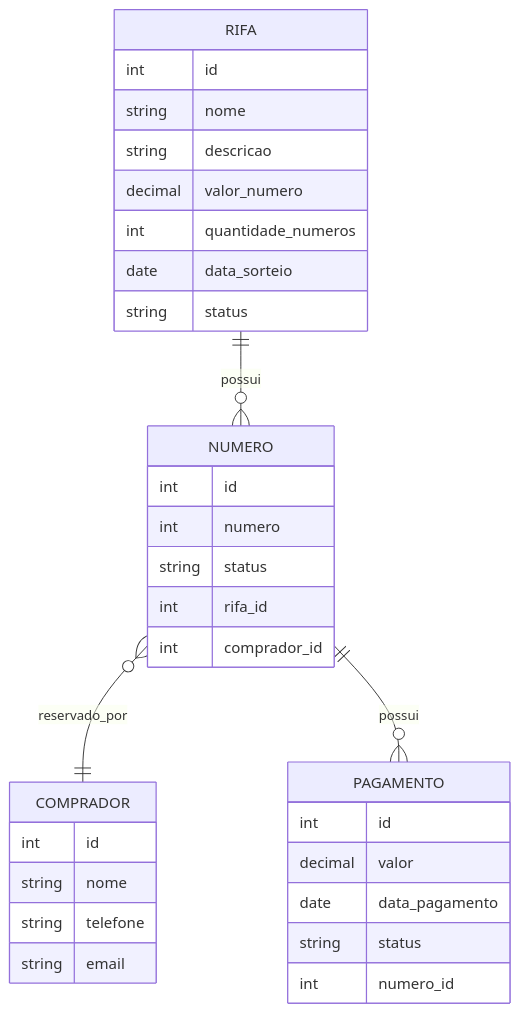
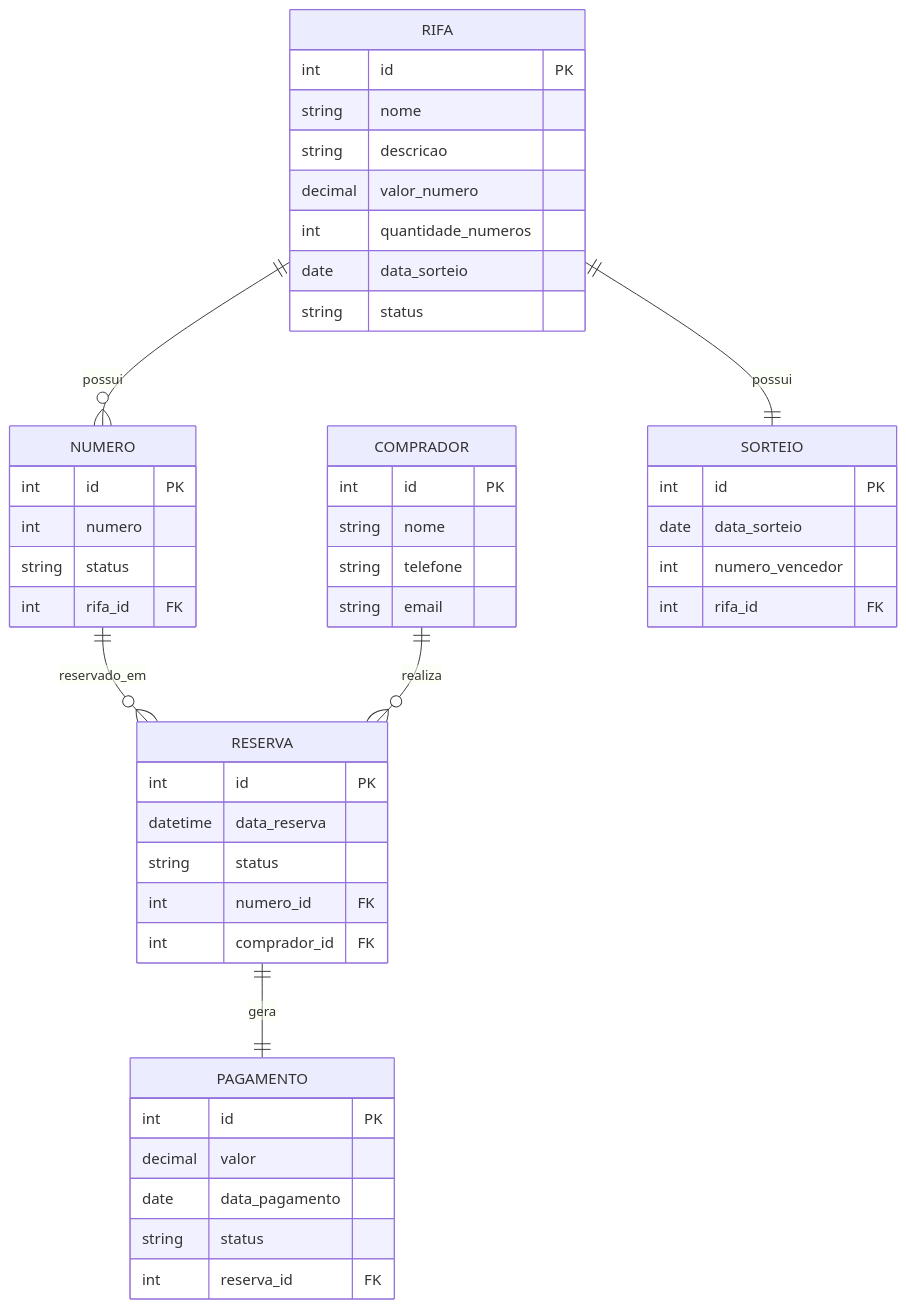
Before and after one commit to ivnavalenca/rifa-digital: the diagram in docs/architecture/modelo-dados.md, drawn with Mermaid. The commit also changed other lines of this file, not shown here.

````diff
--- a/docs/architecture/modelo-dados.md
+++ b/docs/architecture/modelo-dados.md
@@ -26,40 +27,56 @@
 ``` mermaid
 erDiagram
 
 RIFA ||--o{ NUMERO : possui
-NUMERO }o--|| COMPRADOR : reservado_por
-NUMERO ||--o{ PAGAMENTO : possui
+NUMERO ||--o{ RESERVA : reservado_em
+COMPRADOR ||--o{ RESERVA : realiza
+RESERVA ||--|| PAGAMENTO : gera
+RIFA ||--|| SORTEIO : possui
 
 RIFA {
-  int id
+  int id PK
   string nome
   string descricao
   decimal valor_numero
   int quantidade_numeros
   date data_sorteio
   string status
 }
 
 NUMERO {
-  int id
+  int id PK
   int numero
   string status
-  int rifa_id
-  int comprador_id
+  int rifa_id FK
 }
 
 COMPRADOR {
-  int id
+  int id PK
   string nome
   string telefone
   string email
 }
 
+RESERVA {
+  int id PK
+  datetime data_reserva
+  string status
+  int numero_id FK
+  int comprador_id FK
+}
+
 PAGAMENTO {
-  int id
+  int id PK
   decimal valor
   date data_pagamento
   string status
-  int numero_id
+  int reserva_id FK
+}
+
+SORTEIO {
+  int id PK
+  date data_sorteio
+  int numero_vencedor
+  int rifa_id FK
 }
 ```
````
